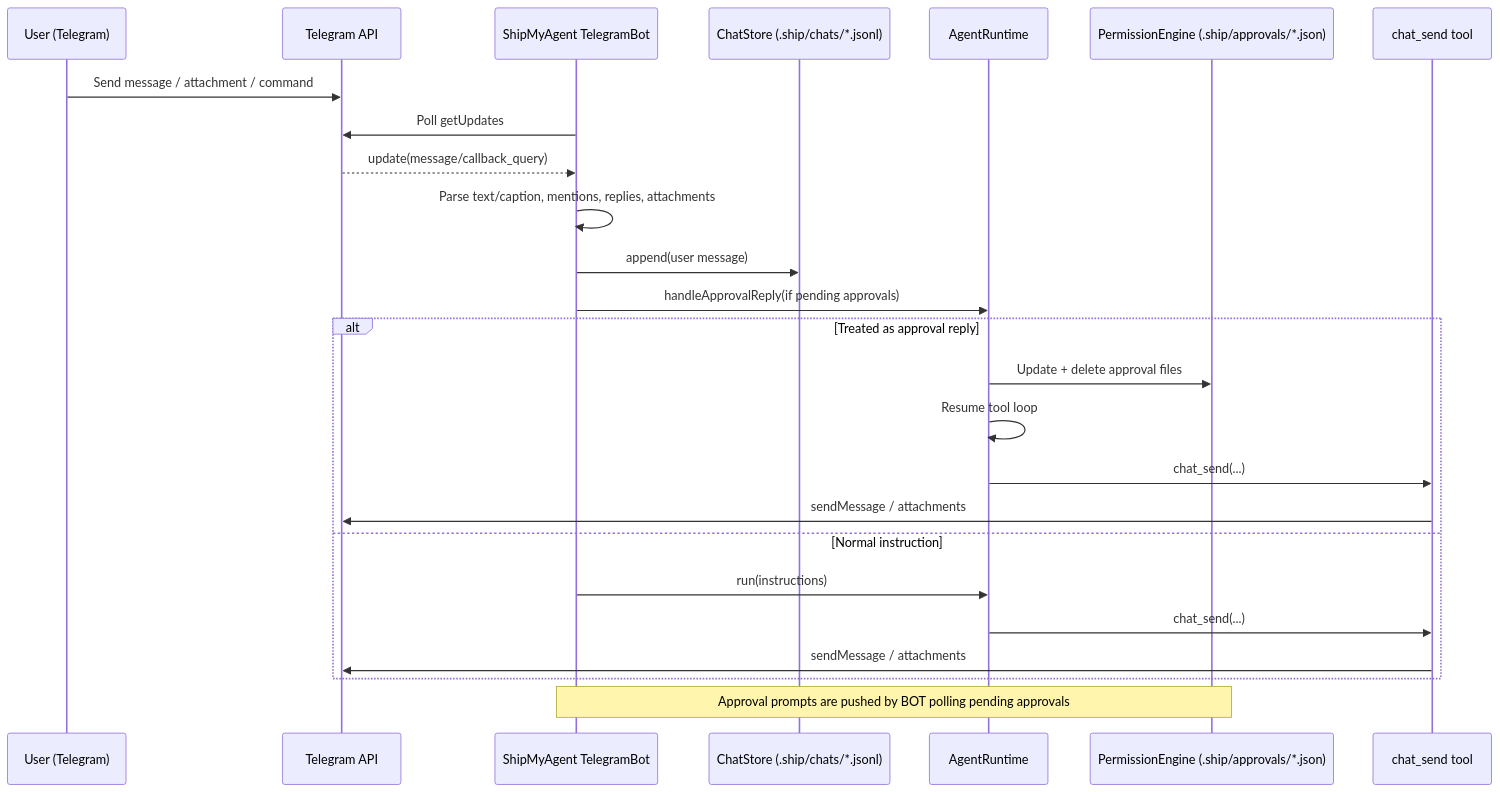
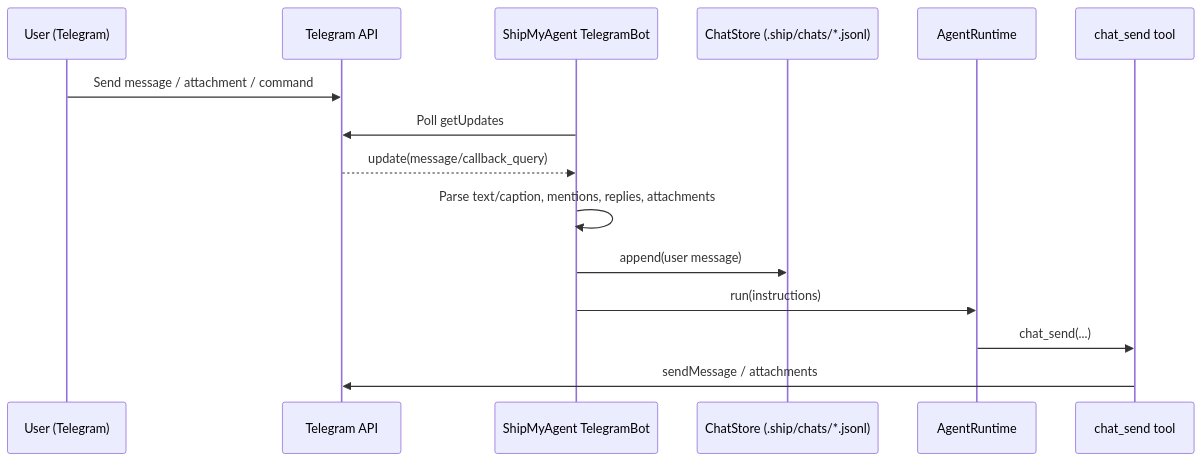
Before and after one commit to wangenius/shipmyagent: the diagram in homepage/content/docs/en/integrations/telegram-message-flow.mdx, drawn with Mermaid. The commit also changed other lines of this file and 70 other files, not shown here.

````diff
--- a/homepage/content/docs/en/integrations/telegram-message-flow.mdx
+++ b/homepage/content/docs/en/integrations/telegram-message-flow.mdx
@@ -16,30 +16,19 @@
 ```mermaid
 sequenceDiagram
   participant U as User (Telegram)
   participant TG as Telegram API
   participant BOT as ShipMyAgent TelegramBot
   participant CS as ChatStore (.ship/chats/*.jsonl)
   participant RT as AgentRuntime
-  participant PE as PermissionEngine (.ship/approvals/*.json)
   participant T as chat_send tool
 
   U->>TG: Send message / attachment / command
   BOT->>TG: Poll getUpdates
   TG-->>BOT: update(message/callback_query)
 
   BOT->>BOT: Parse text/caption, mentions, replies, attachments
   BOT->>CS: append(user message)
-  BOT->>RT: handleApprovalReply(if pending approvals)
-  alt Treated as approval reply
-    RT->>PE: Update + delete approval files
-    RT->>RT: Resume tool loop
-    RT->>T: chat_send(...)
-    T->>TG: sendMessage / attachments
-  else Normal instruction
-    BOT->>RT: run(instructions)
-    RT->>T: chat_send(...)
-    T->>TG: sendMessage / attachments
-  end
-
-  Note over BOT,PE: Approval prompts are pushed by BOT polling pending approvals
+  BOT->>RT: run(instructions)
+  RT->>T: chat_send(...)
+  T->>TG: sendMessage / attachments
 ```
````
